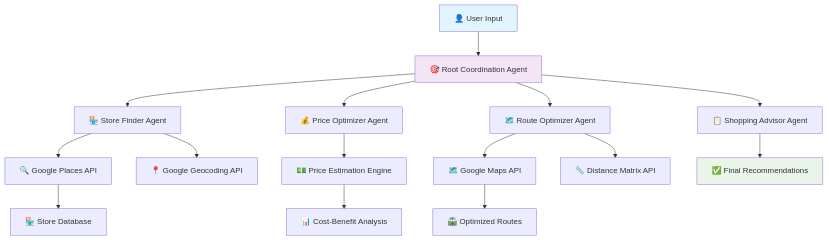
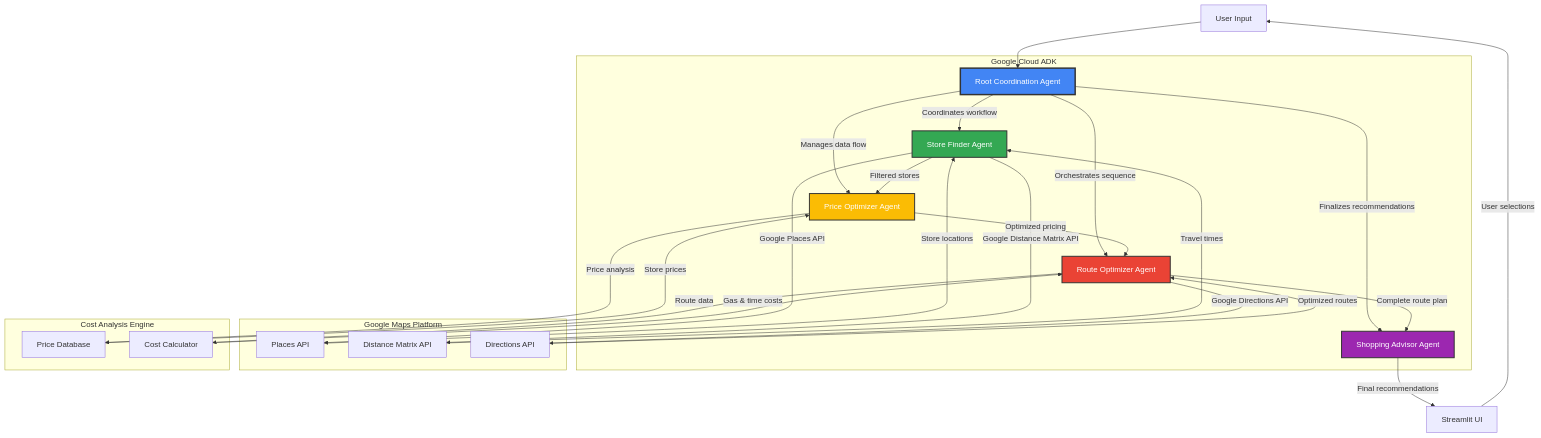
The first of 2 diagrams in README.md (sriharshamittapalli/AI-Grocery-Recommendation), drawn with Mermaid before and after one commit. The commit also changed other lines of this file, not shown here.

First line of the commit message:
📊 Add Comprehensive Architecture Diagrams for Google ADK Hackathon

````diff
--- a/README.md
+++ b/README.md
@@ -84,23 +86,52 @@
 ```mermaid
 graph TD
-    A[👤 User Input] --> B[🎯 Root Coordination Agent]
-    B --> C[🏪 Store Finder Agent]
-    B --> D[💰 Price Optimizer Agent] 
-    B --> E[🗺️ Route Optimizer Agent]
-    B --> F[📋 Shopping Advisor Agent]
+    A[User Input] --> B[Root Coordination Agent]
+    B --> |"Coordinates workflow"| C[Store Finder Agent]
+    B --> |"Manages data flow"| D[Price Optimizer Agent]
+    B --> |"Orchestrates sequence"| E[Route Optimizer Agent]
+    B --> |"Finalizes recommendations"| F[Shopping Advisor Agent]
     
-    C --> G[🔍 Google Places API]
-    C --> H[📍 Google Geocoding API]
-    D --> I[💵 Price Estimation Engine]
-    E --> J[🗺️ Google Maps API]
-    E --> K[📏 Distance Matrix API]
-    F --> L[✅ Final Recommendations]
+    C --> |"Google Places API"| G[Places API]
+    C --> |"Google Distance Matrix API"| H[Distance Matrix API]
+    G --> |"Store locations"| C
+    H --> |"Travel times"| C
+    C --> |"Filtered stores"| D
     
-    G --> M[🏪 Store Database]
-    I --> N[📊 Cost-Benefit Analysis]
-    J --> O[🛣️ Optimized Routes]
+    D --> |"Price analysis"| I[Price Database]
+    I --> |"Store prices"| D
+    D --> |"Optimized pricing"| E
     
-    style A fill:#e1f5fe
-    style B fill:#f3e5f5
-    style L fill:#e8f5e8
+    E --> |"Google Directions API"| J[Directions API]
+    J --> |"Optimized routes"| E
+    E --> |"Route data"| K[Cost Calculator]
+    K --> |"Gas & time costs"| E
+    E --> |"Complete route plan"| F
+    
+    F --> |"Final recommendations"| L[Streamlit UI]
+    L --> |"User selections"| A
+    
+    subgraph "Google Cloud ADK"
+        B
+        C
+        D
+        E
+        F
+    end
+    
+    subgraph "Google Maps Platform"
+        G
+        H
+        J
+    end
+    
+    subgraph "Cost Analysis Engine"
+        I
+        K
+    end
+    
+    style B fill:#4285f4,stroke:#333,stroke-width:3px,color:#fff
+    style C fill:#34a853,stroke:#333,stroke-width:2px,color:#fff
+    style D fill:#fbbc04,stroke:#333,stroke-width:2px,color:#fff
+    style E fill:#ea4335,stroke:#333,stroke-width:2px,color:#fff
+    style F fill:#9c27b0,stroke:#333,stroke-width:2px,color:#fff
 ```
````
